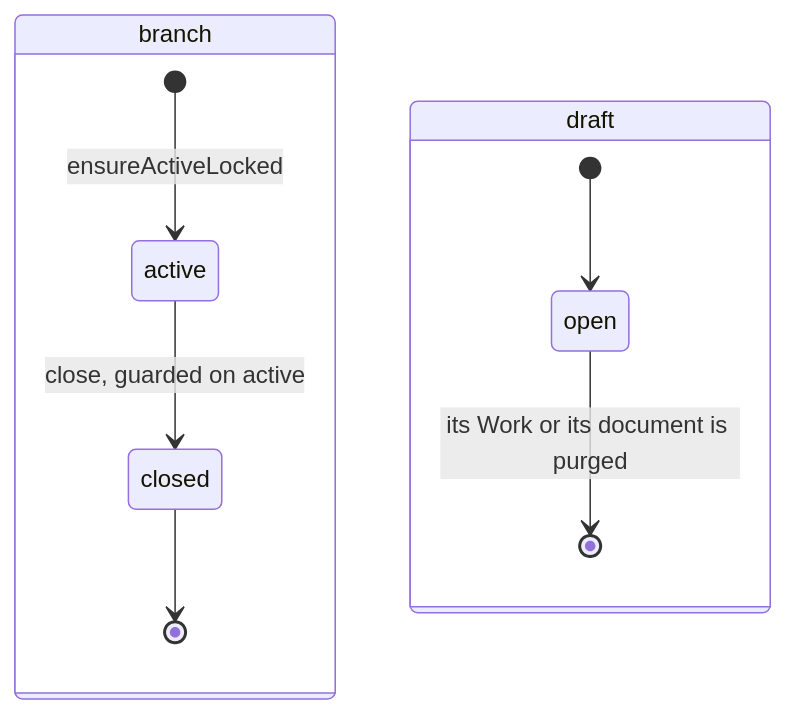
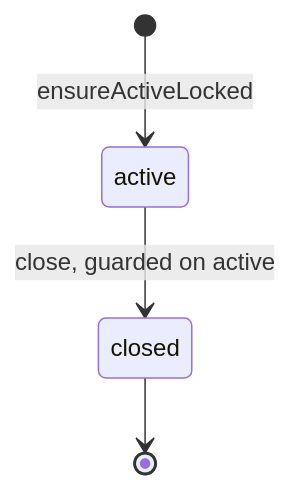
Before and after one commit to haowjy/meridian-flow: the first of 2 diagrams in apps/server/server/domains/collab/.context/state-machines.md, drawn with Mermaid. The commit also changed other lines of this file and 75 other files, not shown here.

````diff
--- a/apps/server/server/domains/collab/.context/state-machines.md
+++ b/apps/server/server/domains/collab/.context/state-machines.md
@@ -13,15 +10,6 @@
 ```mermaid
 stateDiagram-v2
-  state "branch" as B {
-    [*] --> b_active: ensureActiveLocked
-    b_active --> b_closed: close, guarded on active
-    b_closed --> [*]
-    state "active" as b_active
-    state "closed" as b_closed
-  }
-  state "draft" as D {
-    [*] --> d_open
-    d_open --> [*]: its Work or its document is purged
-    state "open" as d_open
-  }
+  [*] --> active: ensureActiveLocked
+  active --> closed: close, guarded on active
+  closed --> [*]
 ```
````
